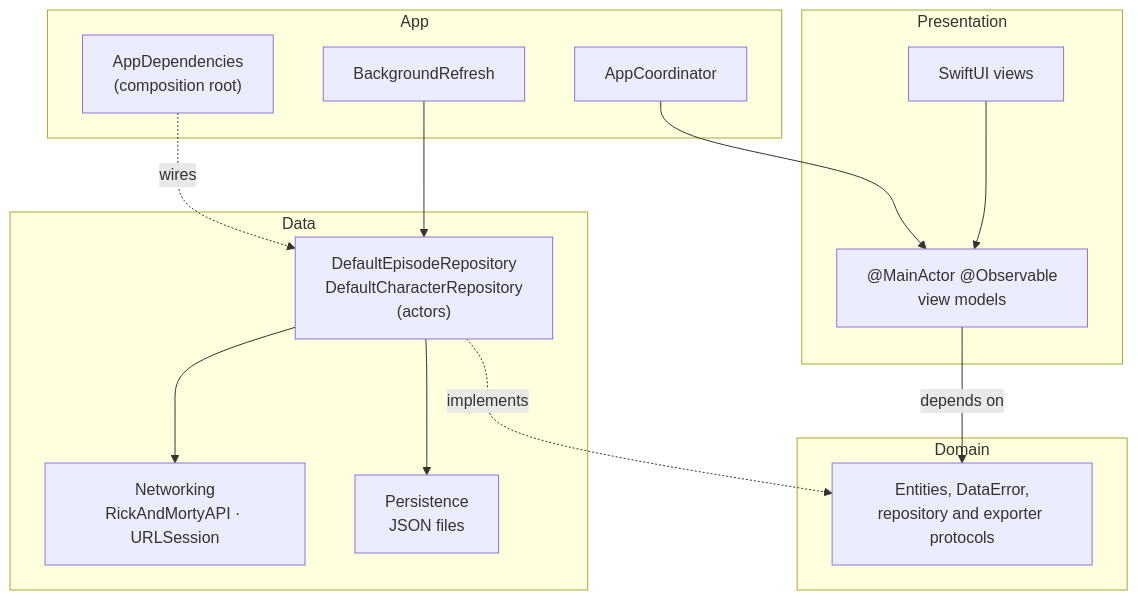
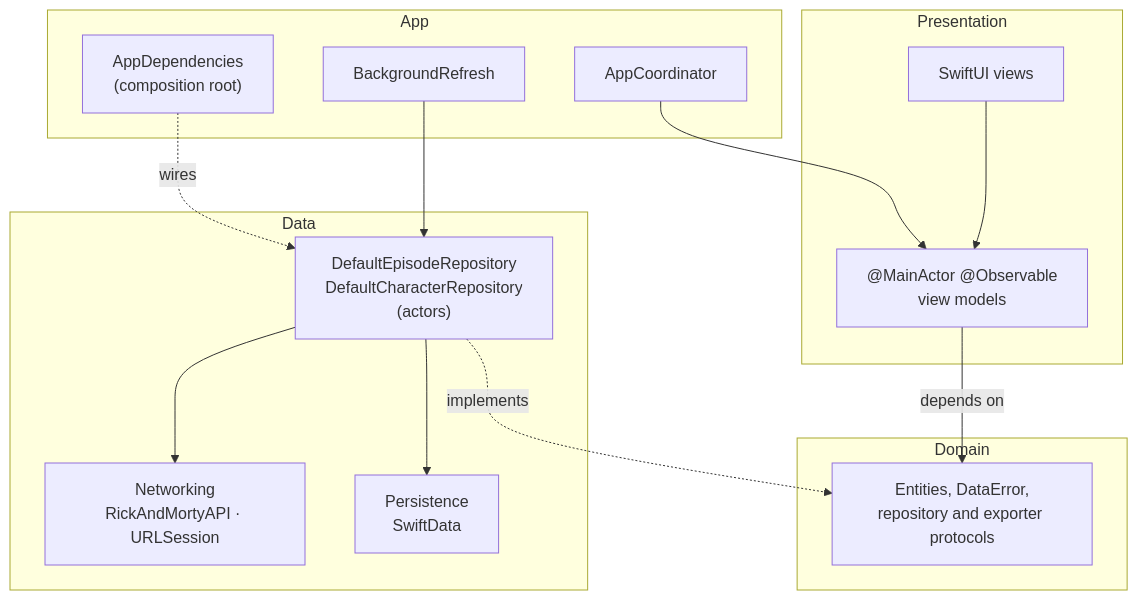
The diagram in README.md (felixinjapan/rick-and-morty-episodes), drawn with Mermaid before and after one commit. The commit also changed other lines of this file and 28 other files, not shown here.

First line of the commit message:
feat: replace JSON caches with SwiftData

````diff
--- a/README.md
+++ b/README.md
@@ -39,27 +39,27 @@
 ```mermaid
 flowchart TD
     subgraph App
         Deps["AppDependencies<br/>(composition root)"]
         Coord[AppCoordinator]
         BG[BackgroundRefresh]
     end
     subgraph Presentation
         Views[SwiftUI views] --> VM["@MainActor @Observable<br/>view models"]
     end
     subgraph Domain
         Proto["Entities, DataError,<br/>repository and exporter protocols"]
     end
     subgraph Data
         Repos["DefaultEpisodeRepository<br/>DefaultCharacterRepository<br/>(actors)"]
         Net["Networking<br/>RickAndMortyAPI · URLSession"]
-        Store["Persistence<br/>JSON files"]
+        Store["Persistence<br/>SwiftData"]
     end
 
     Coord --> VM
     VM -->|depends on| Proto
     Repos -.->|implements| Proto
     Repos --> Net
     Repos --> Store
     BG --> Repos
     Deps -.->|wires| Repos
 ```
````
